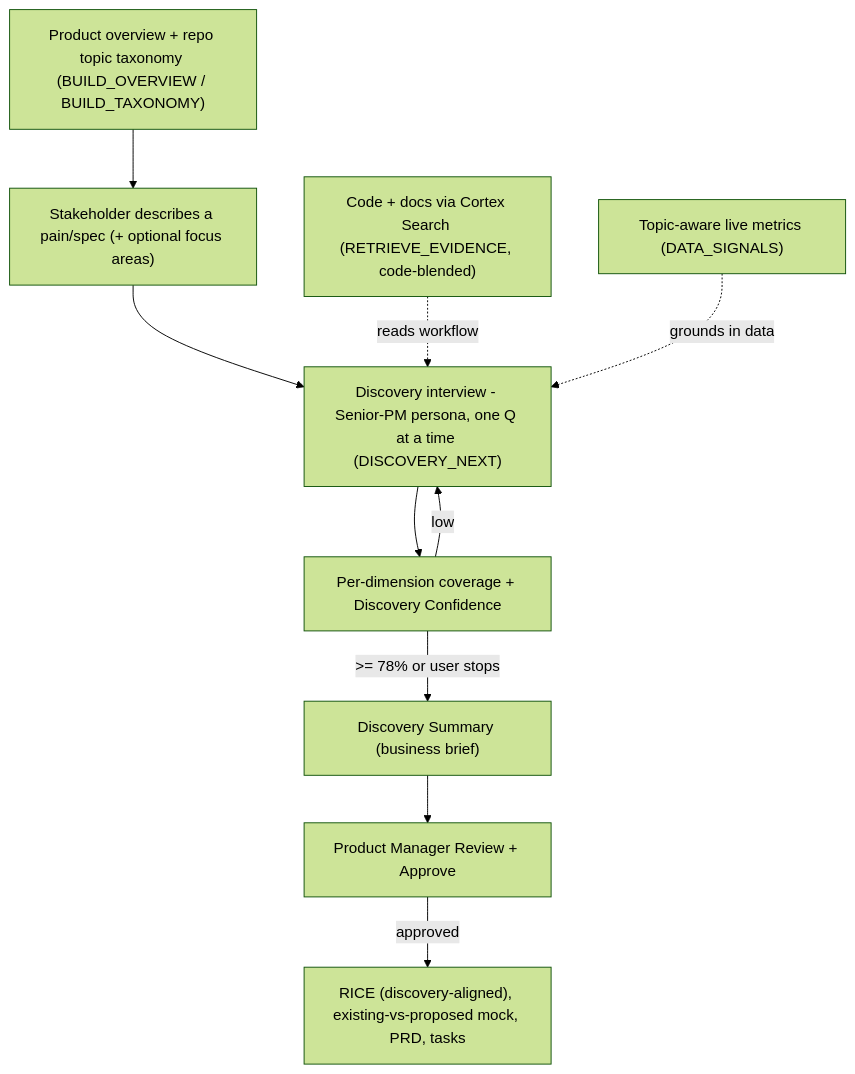
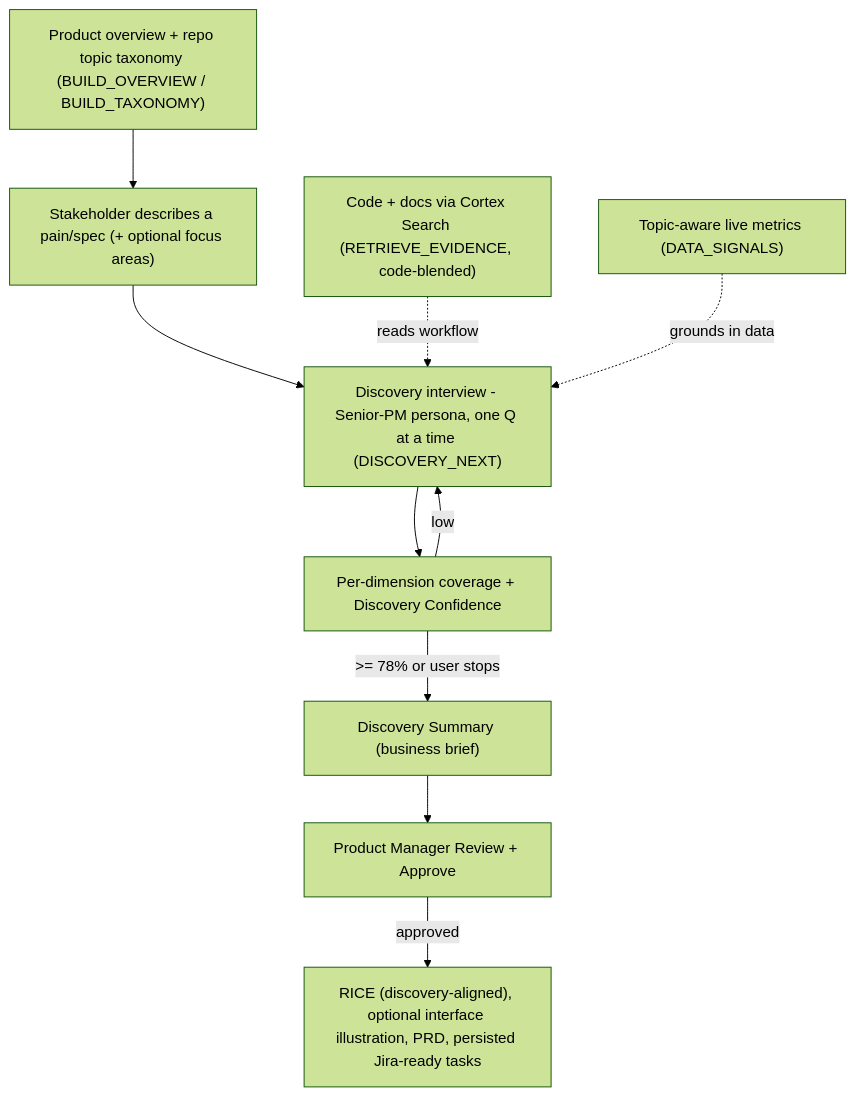
One commit to junaediwidjojo/ai-product-discovery-agent changed the diagram in README.md. Above: the diagram before and after it, drawn with Mermaid (forest theme). The commit also changed other lines of this file and 7 other files, not shown here.

````diff
--- a/README.md
+++ b/README.md
@@ -19,12 +19,12 @@
 ```mermaid
 flowchart TD
   Overview["Product overview + repo topic taxonomy (BUILD_OVERVIEW / BUILD_TAXONOMY)"] --> Idea["Stakeholder describes a pain/spec (+ optional focus areas)"]
   Idea --> Interview["Discovery interview - Senior-PM persona, one Q at a time (DISCOVERY_NEXT)"]
   Code["Code + docs via Cortex Search (RETRIEVE_EVIDENCE, code-blended)"] -.reads workflow.-> Interview
   Data["Topic-aware live metrics (DATA_SIGNALS)"] -.grounds in data.-> Interview
   Interview --> Conf["Per-dimension coverage + Discovery Confidence"]
   Conf -->|low| Interview
   Conf -->|>= 78% or user stops| Summary["Discovery Summary (business brief)"]
   Summary --> PM["Product Manager Review + Approve"]
-  PM -->|approved| Artifacts["RICE (discovery-aligned), existing-vs-proposed mock, PRD, tasks"]
+  PM -->|approved| Artifacts["RICE (discovery-aligned), optional interface illustration, PRD, persisted Jira-ready tasks"]
 ```
````
